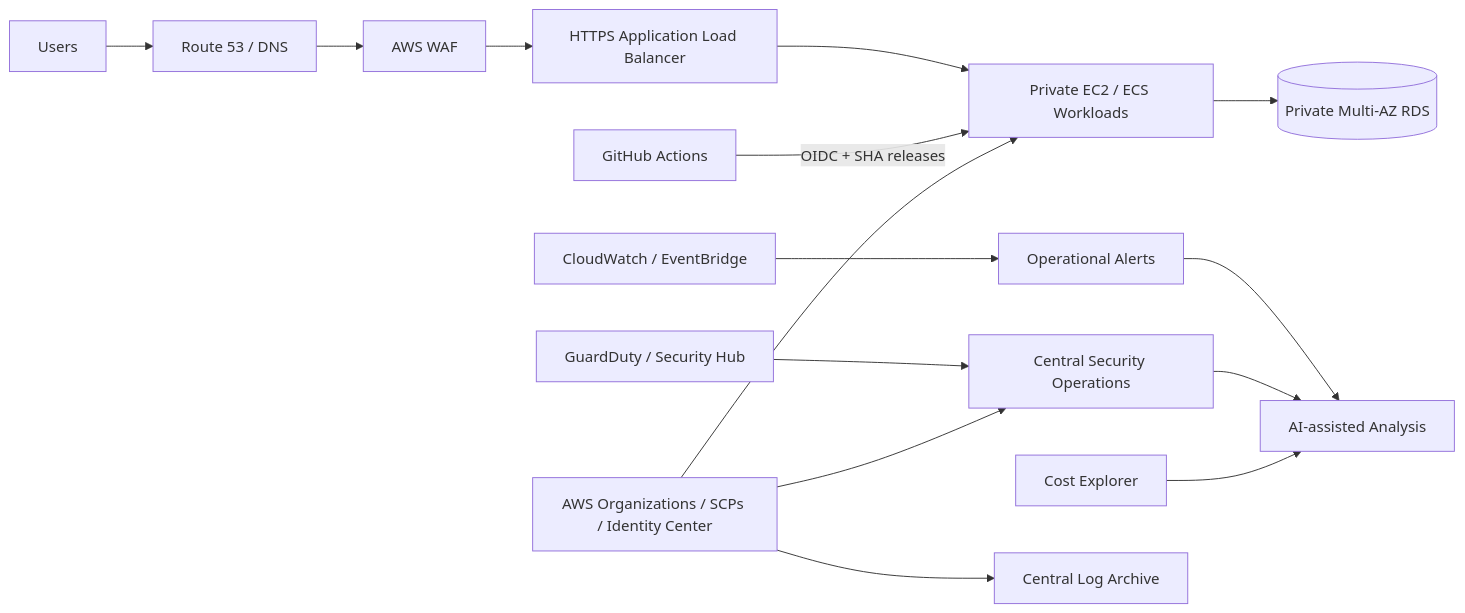
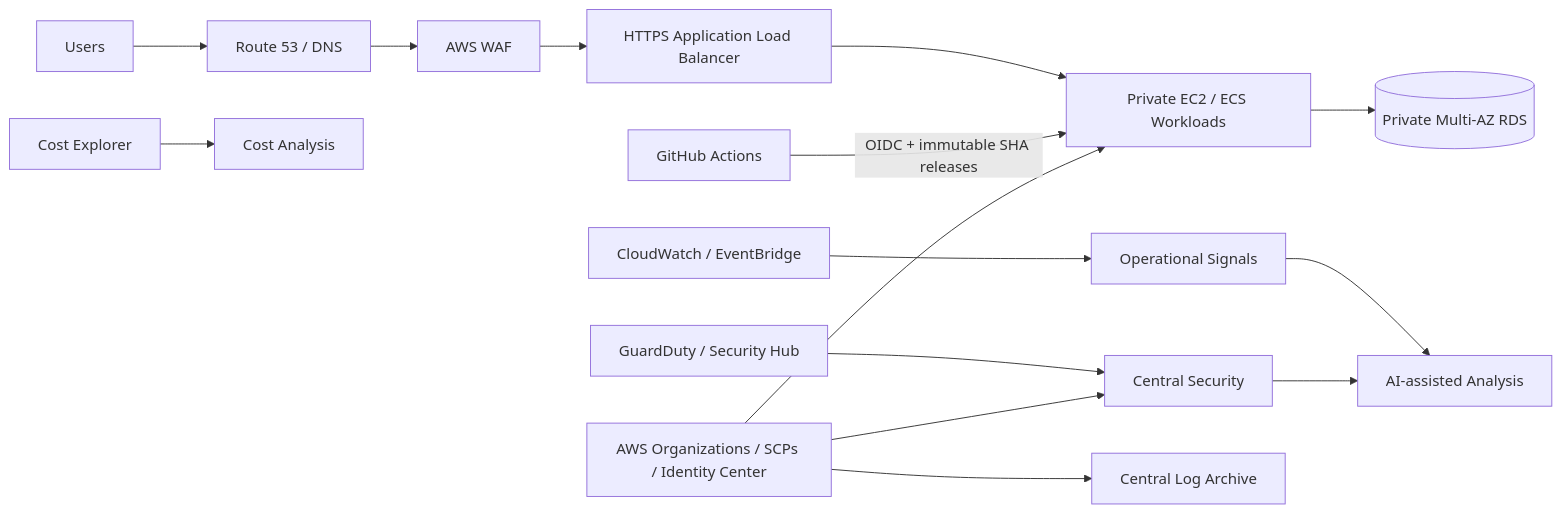
Before and after one commit to JNHolman/RSVP-Cloud-Platform: the diagram in README.md, drawn with Mermaid. The commit also changed other lines of this file and 3 other files, not shown here.

````diff
--- a/README.md
+++ b/README.md
@@ -25,21 +34,22 @@
 ```mermaid
 flowchart LR
     U[Users] --> DNS[Route 53 / DNS]
     DNS --> WAF[AWS WAF]
     WAF --> ALB[HTTPS Application Load Balancer]
 
     ALB --> APP[Private EC2 / ECS Workloads]
     APP --> DB[(Private Multi-AZ RDS)]
 
-    GH[GitHub Actions] -->|OIDC + SHA releases| APP
+    GH[GitHub Actions] -->|OIDC + immutable SHA releases| APP
 
-    CW[CloudWatch / EventBridge] --> OPS[Operational Alerts]
-    GD[GuardDuty / Security Hub] --> SEC[Central Security Operations]
+    CW[CloudWatch / EventBridge] --> OPS[Operational Signals]
+    GD[GuardDuty / Security Hub] --> SEC[Central Security]
+    CE[Cost Explorer] --> FIN[Cost Analysis]
+
     OPS --> AI[AI-assisted Analysis]
     SEC --> AI
-    CE[Cost Explorer] --> AI
 
     ORG[AWS Organizations / SCPs / Identity Center] --> SEC
     ORG --> LOG[Central Log Archive]
     ORG --> APP
 ```
````
